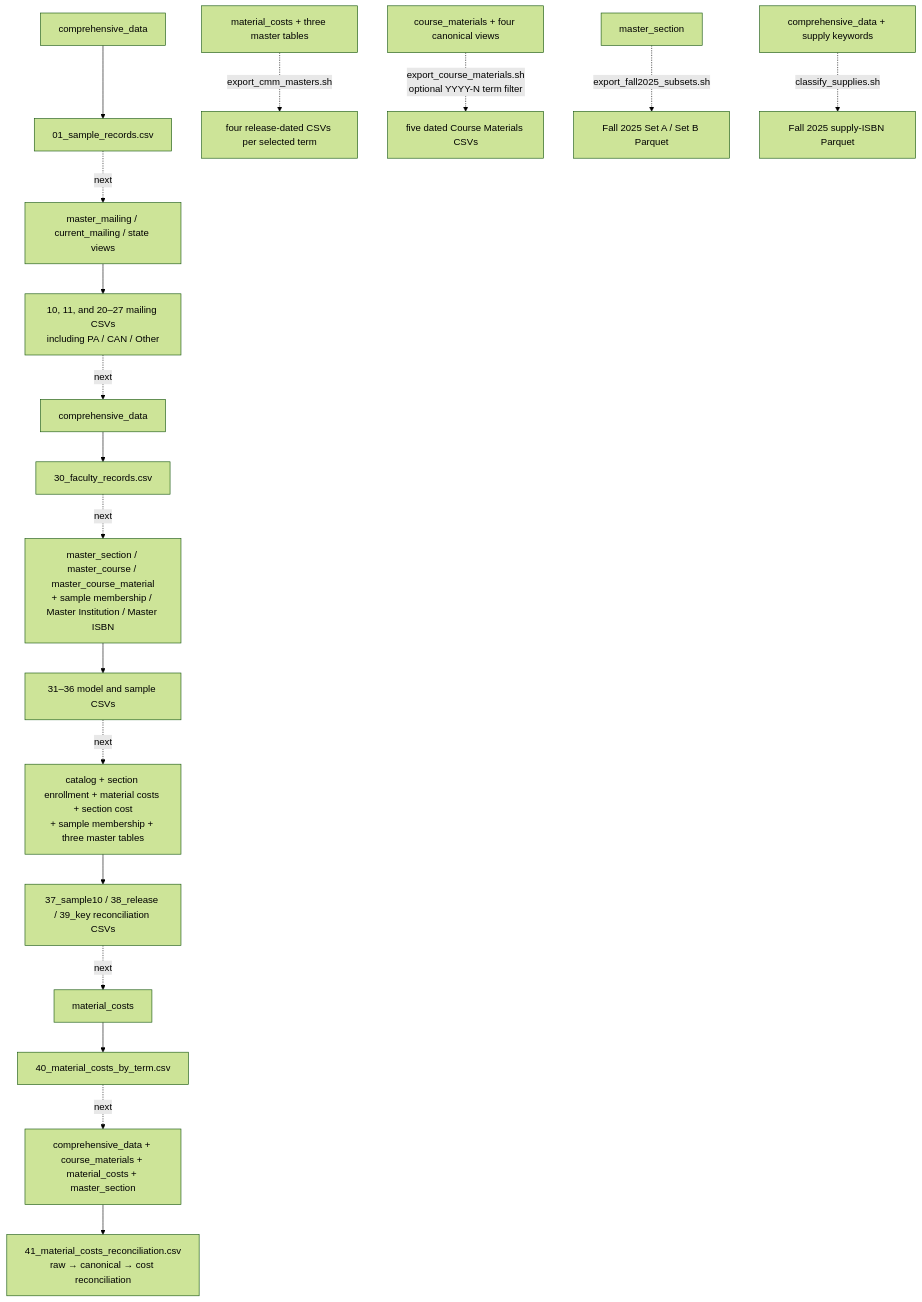
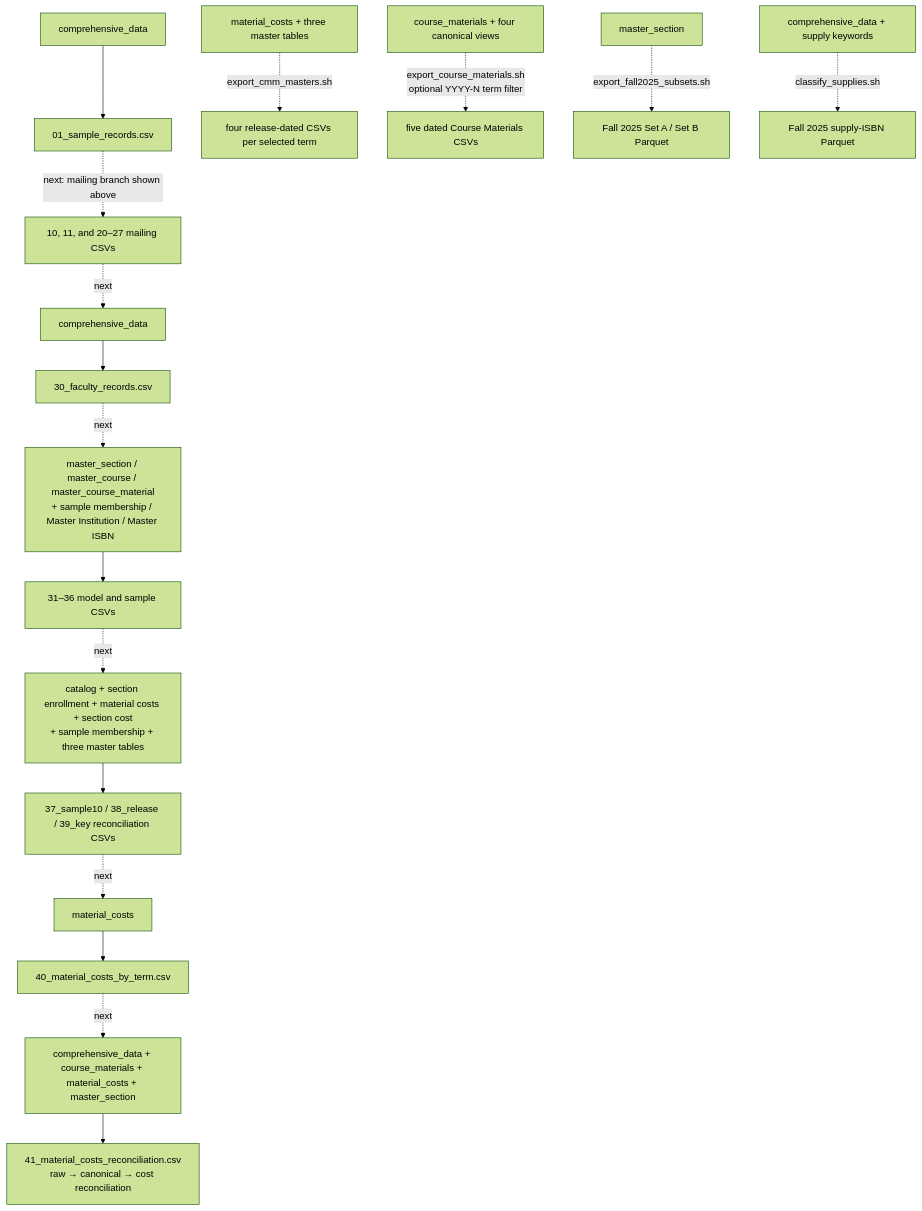
One commit to christopherseaman/commodoreSQL changed the fifth of 5 diagrams in SCHEMA.md. Above: the diagram before and after it, drawn with Mermaid (forest theme). The commit also changed other lines of this file and 3 other files, not shown here.

Commit message:
docs: document mailing source-to-working flow

````diff
--- a/SCHEMA.md
+++ b/SCHEMA.md
@@ -340,21 +394,20 @@
 ```mermaid
 flowchart TD
     raw_source["comprehensive_data"] --> raw["01_sample_records.csv"]
-    raw -. "next" .-> mail_source["master_mailing / current_mailing / state views"]
-    mail_source --> mail["10, 11, and 20–27 mailing CSVs<br/>including PA / CAN / Other"]
+    raw -. "next: mailing branch shown above" .-> mail["10, 11, and 20–27 mailing CSVs"]
     mail -. "next" .-> faculty_source["comprehensive_data"]
     faculty_source --> faculty["30_faculty_records.csv"]
     faculty -. "next" .-> model_source["master_section / master_course / master_course_material<br/>+ sample membership / Master Institution / Master ISBN"]
     model_source --> model["31–36 model and sample CSVs"]
     model -. "next" .-> core["catalog + section enrollment + material costs + section cost<br/>+ sample membership + three master tables"]
     core --> checks["37_sample10 / 38_release / 39_key reconciliation CSVs"]
     checks -. "next" .-> costs["material_costs"]
     costs --> costs_export["40_material_costs_by_term.csv"]
     costs_export -. "next" .-> final_source["comprehensive_data + course_materials + material_costs + master_section"]
     final_source --> final_check["41_material_costs_reconciliation.csv<br/>raw → canonical → cost reconciliation"]
 
     standalone["material_costs + three master tables"] -. "export_cmm_masters.sh" .-> terms["four release-dated CSVs per selected term"]
     canonical["course_materials + four canonical views"] -. "export_course_materials.sh<br/>optional YYYY-N term filter" .-> canonical_files["five dated Course Materials CSVs"]
     standalone2["master_section"] -. "export_fall2025_subsets.sh" .-> ab["Fall 2025 Set A / Set B Parquet"]
     standalone3["comprehensive_data + supply keywords"] -. "classify_supplies.sh" .-> supply["Fall 2025 supply-ISBN Parquet"]
 ```
````
